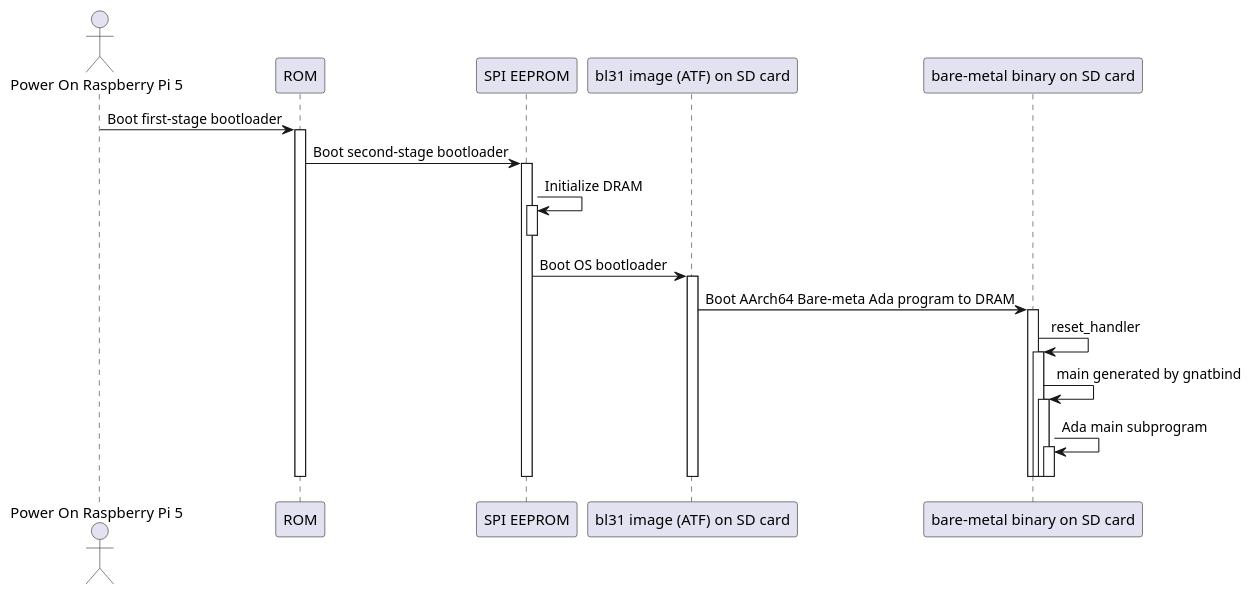
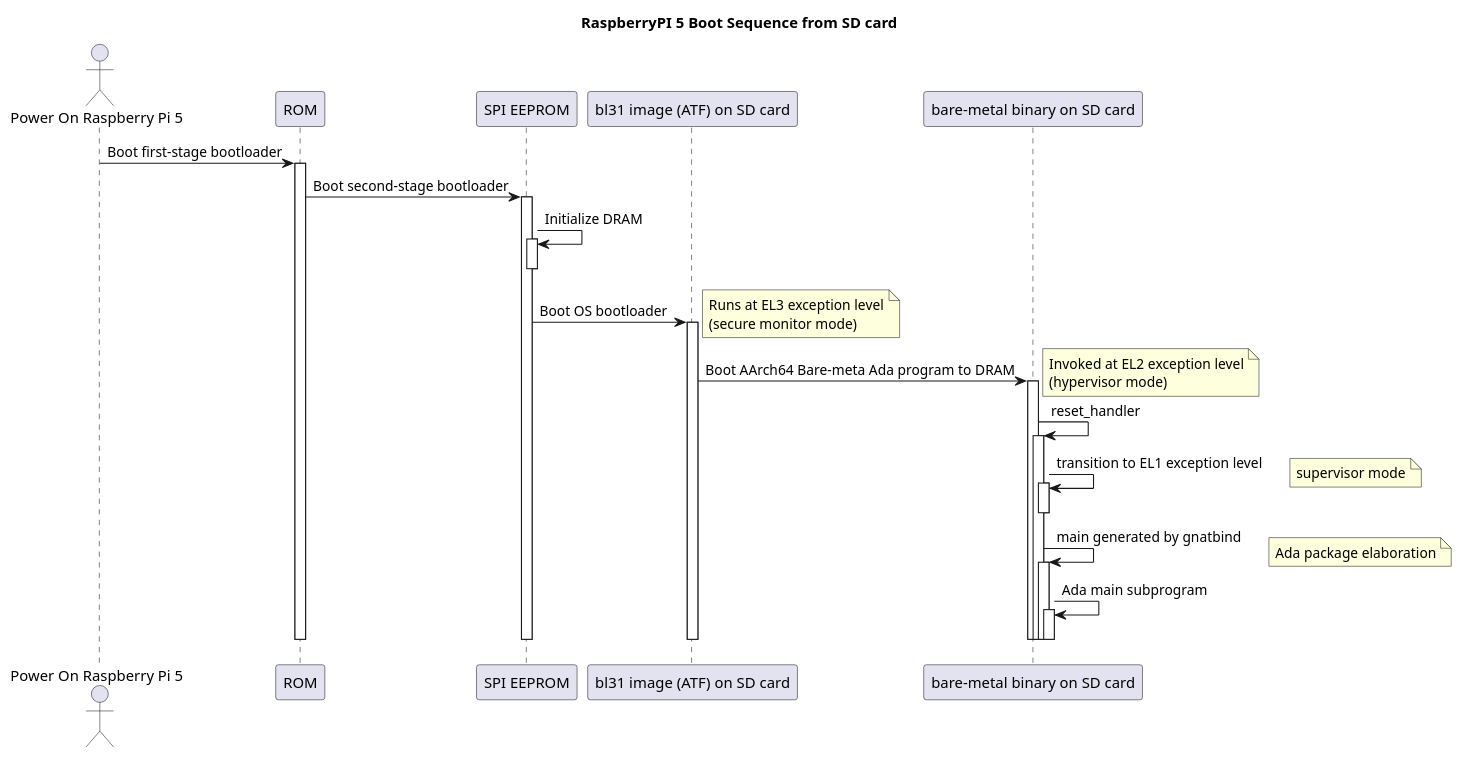
One commit to jgrivera67/aarch64_bare_metal_ada changed the third of 5 diagrams in docs/uml_diagrams.puml. Above: the diagram before and after it, drawn with PlantUML. The commit also changed other lines of this file and 17 other files, not shown here.

```diff
--- a/docs/uml_diagrams.puml
+++ b/docs/uml_diagrams.puml
@@ -96,28 +113,45 @@
 @startuml raspberrypi5_boot_sequence
-'title RaspberryPI 5 Boot Sequence
+title RaspberryPI 5 Boot Sequence from SD card
 actor "Power On Raspberry Pi 5"
 "Power On Raspberry Pi 5" -> "ROM" : Boot first-stage bootloader
 activate "ROM"
    "ROM" -> "SPI EEPROM" : Boot second-stage bootloader
    activate "SPI EEPROM"
       "SPI EEPROM" -> "SPI EEPROM" : Initialize DRAM
       activate "SPI EEPROM"
       deactivate "SPI EEPROM"
       "SPI EEPROM" -> "bl31 image (ATF) on SD card" : Boot OS bootloader
+      note right
+         Runs at EL3 exception level
+         (secure monitor mode)
+      end note
       activate "bl31 image (ATF) on SD card"
          "bl31 image (ATF) on SD card" -> "bare-metal binary on SD card" : Boot AArch64 Bare-meta Ada program to DRAM
          activate "bare-metal binary on SD card"
+            note right
+               Invoked at EL2 exception level
+               (hypervisor mode)
+            end note
             "bare-metal binary on SD card" -> "bare-metal binary on SD card" : reset_handler
             activate "bare-metal binary on SD card"
+               "bare-metal binary on SD card" -> "bare-metal binary on SD card" : transition to EL1 exception level
+               note right
+               supervisor mode
+               end note
+               activate "bare-metal binary on SD card"
+               deactivate "bare-metal binary on SD card"
                "bare-metal binary on SD card" -> "bare-metal binary on SD card" : main generated by gnatbind
+               note right
+                  Ada package elaboration
+               end note
                activate "bare-metal binary on SD card"
                   "bare-metal binary on SD card" -> "bare-metal binary on SD card" : Ada main subprogram
                   activate "bare-metal binary on SD card"
                   deactivate "bare-metal binary on SD card"
                deactivate "bare-metal binary on SD card"
             deactivate "bare-metal binary on SD card"
          deactivate "bare-metal binary on SD card"
       deactivate "bl31 image (ATF) on SD card"
    deactivate "SPI EEPROM"
 deactivate "ROM"
 @enduml
```
